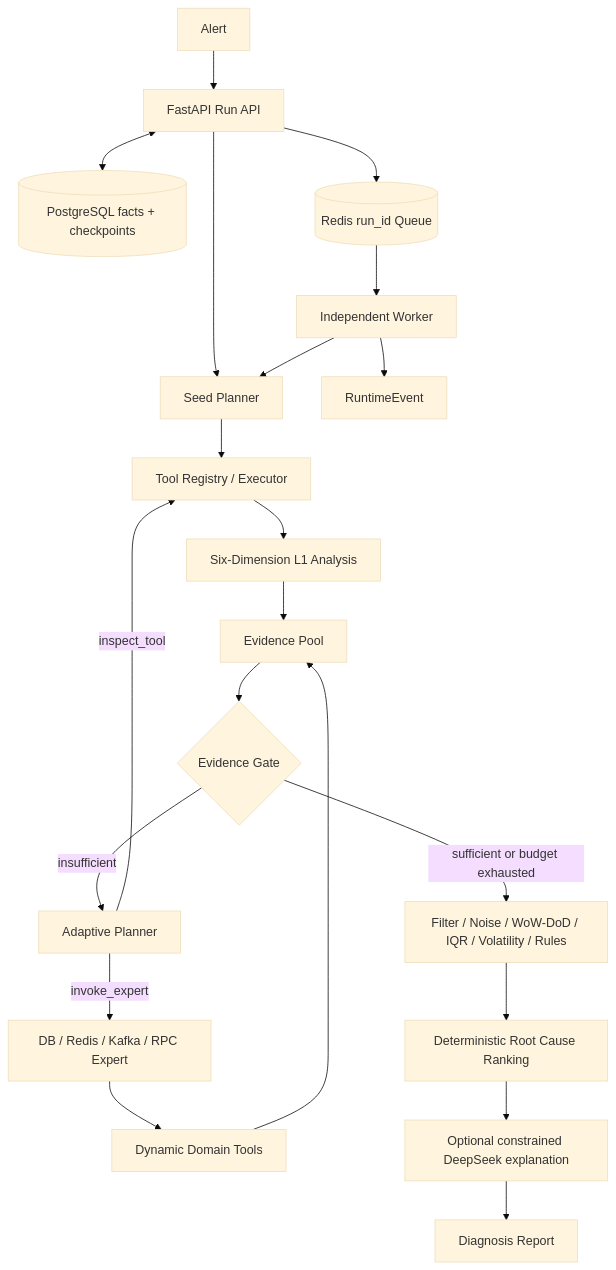
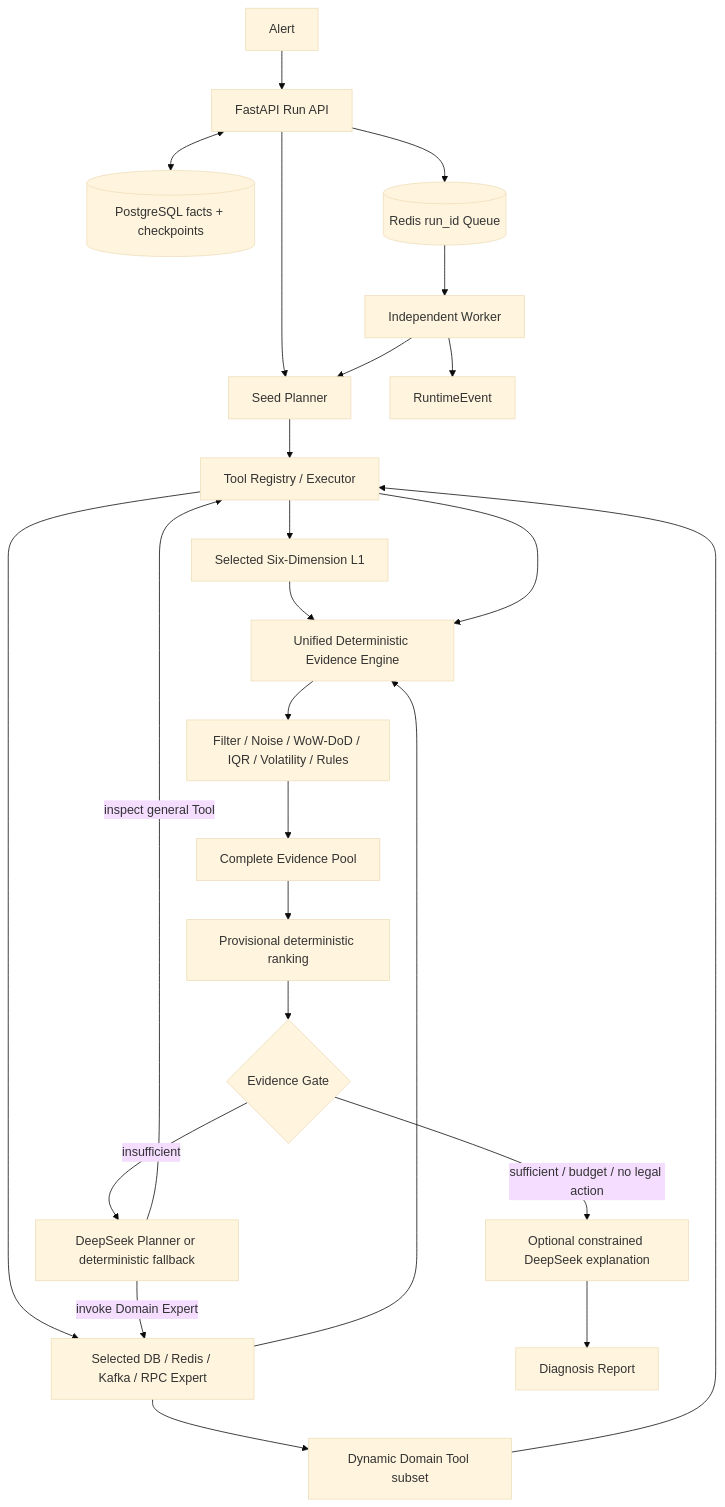
Before and after one commit to 1hao1hao/OpsPilot: the diagram in README.md, drawn with Mermaid (base theme). The commit also changed other lines of this file and 34 other files, not shown here.

Commit message:
refactor: unify adaptive RCA evidence loop

````diff
--- a/README.md
+++ b/README.md
@@ -63,22 +58,26 @@
 ```mermaid
 flowchart TB
     A[Alert] --> API[FastAPI Run API]
     API --> SP[Seed Planner]
     SP --> TE[Tool Registry / Executor]
-    TE --> L1[Six-Dimension L1 Analysis]
-    L1 --> EP[Evidence Pool]
-    EP --> G{Evidence Gate}
-    G -->|insufficient| AP[Adaptive Planner]
-    AP -->|inspect_tool| TE
-    AP -->|invoke_expert| L2[DB / Redis / Kafka / RPC Expert]
-    L2 --> DT[Dynamic Domain Tools] --> EP
-    G -->|sufficient or budget exhausted| L3[Filter / Noise / WoW-DoD / IQR / Volatility / Rules]
-    L3 --> RC[Deterministic Root Cause Ranking]
-    RC --> LLM[Optional constrained DeepSeek explanation]
+    TE --> L1[Selected Six-Dimension L1]
+    TE --> L2[Selected DB / Redis / Kafka / RPC Expert]
+    L2 --> DT[Dynamic Domain Tool subset] --> TE
+    L1 --> UE[Unified Deterministic Evidence Engine]
+    L2 --> UE
+    TE --> UE
+    UE --> ALG[Filter / Noise / WoW-DoD / IQR / Volatility / Rules]
+    ALG --> EP[Complete Evidence Pool]
+    EP --> RC[Provisional deterministic ranking]
+    RC --> G{Evidence Gate}
+    G -->|insufficient| AP[DeepSeek Planner or deterministic fallback]
+    AP -->|inspect general Tool| TE
+    AP -->|invoke Domain Expert| L2
+    G -->|sufficient / budget / no legal action| LLM[Optional constrained DeepSeek explanation]
     LLM --> R[Diagnosis Report]
 
     API <--> PG[(PostgreSQL facts + checkpoints)]
     API --> Q[(Redis run_id Queue)] --> W[Independent Worker]
     W --> SP
     W --> E[RuntimeEvent]
 ```
````
